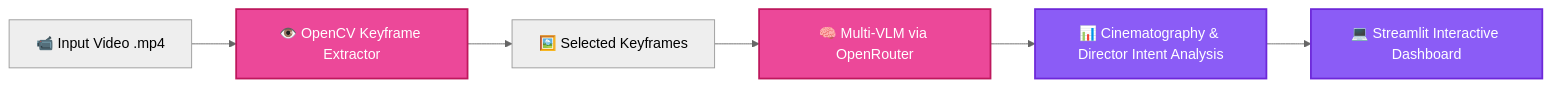
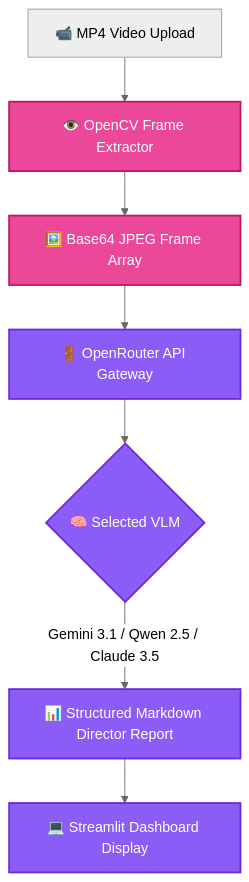
One commit to LoNebula/ai-video-director changed the diagram in README.md. Above: the diagram before and after it, drawn with Mermaid (neutral theme). The commit also changed other lines of this file, not shown here.

````diff
--- a/README.md
+++ b/README.md
@@ -38,13 +59,14 @@
 ```mermaid
-graph LR
-  Video[📹 Input Video .mp4] --> CV[👁️ OpenCV Keyframe Extractor]
-  CV --> Frames[🖼️ Selected Keyframes]
-  Frames --> VLM[🧠 Multi-VLM via OpenRouter]
-  VLM --> Analysis[📊 Cinematography & Director Intent Analysis]
-  Analysis --> UI[💻 Streamlit Interactive Dashboard]
-  
+graph TD
+  Upload[📹 MP4 Video Upload] --> CV[👁️ OpenCV Frame Extractor]
+  CV --> Base64[🖼️ Base64 JPEG Frame Array]
+  Base64 --> Router[🚪 OpenRouter API Gateway]
+  Router --> Model{🧠 Selected VLM}
+  Model -->|Gemini 3.1 / Qwen 2.5 / Claude 3.5| Report[📊 Structured Markdown Director Report]
+  Report --> UI[💻 Streamlit Dashboard Display]
+
   classDef primary fill:#ec4899,stroke:#be185d,stroke-width:2px,color:#fff;
   classDef accent fill:#8b5cf6,stroke:#6d28d9,stroke-width:2px,color:#fff;
-  class CV,VLM primary;
-  class Analysis,UI accent;
+  class CV,Base64 primary;
+  class Router,Model,Report,UI accent;
 ```
````
